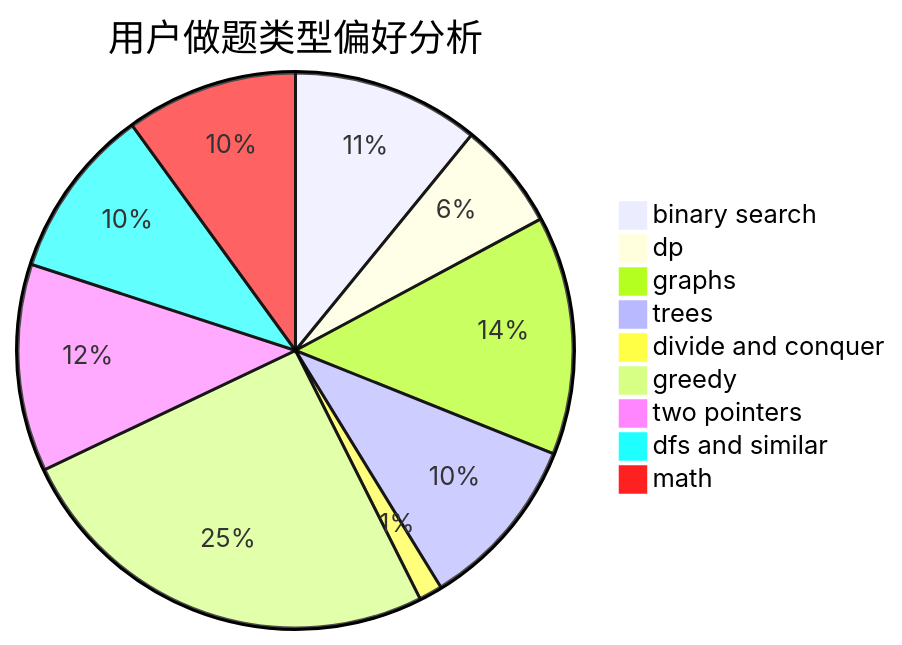
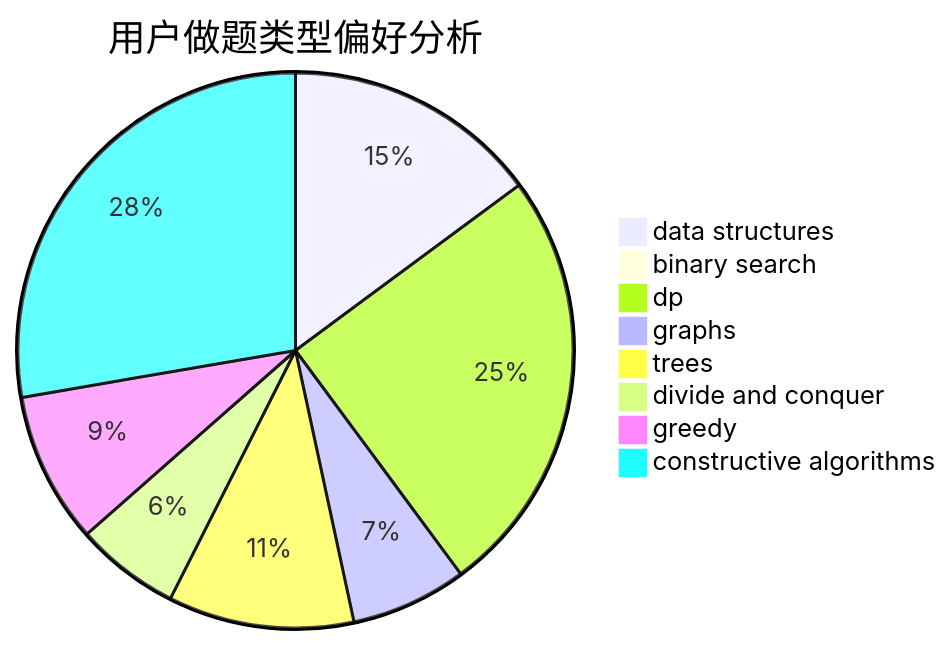
The second of 3 diagrams in docs/user/u1389.md (sherpahu/cfrs.github.io), drawn with Mermaid before and after one commit. The commit also changed other lines of this file and 2775 other files, not shown here.

````diff
--- a/docs/user/u1389.md
+++ b/docs/user/u1389.md
@@ -23,12 +23,11 @@
 ```mermaid
 pie title 用户做题类型偏好分析
-    "binary search" :  120
-    "dp" :  69
-    "graphs" :  153
-    "trees" :  112
-    "divide and conquer" :  15
-    "greedy" :  279
-    "two pointers" :  133
-    "dfs and similar" :  110
-    "math" :  110
+    "data structures" :  22
+    "binary search" :  0
+    "dp" :  37
+    "graphs" :  10
+    "trees" :  16
+    "divide and conquer" :  9
+    "greedy" :  13
+    "constructive algorithms" :  41
 ```
````
